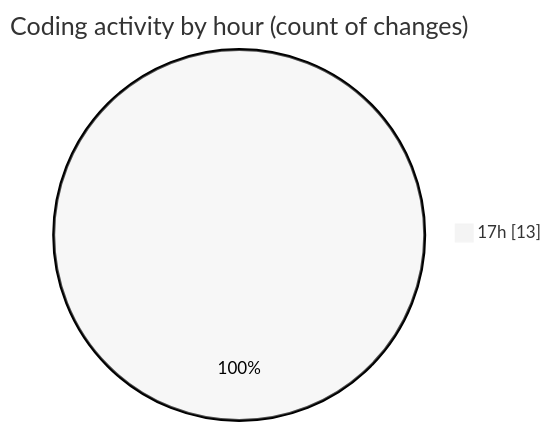
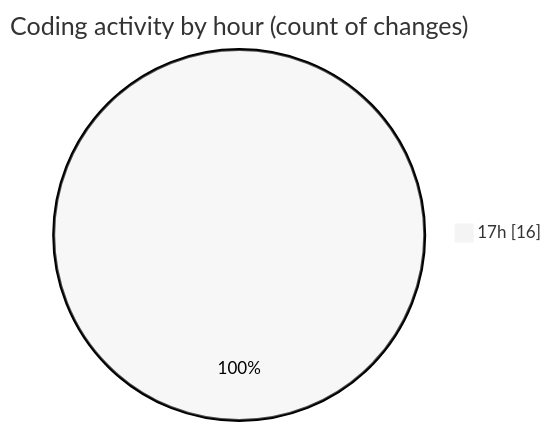
The second of 2 diagrams in 2025-04-26/true/README.md (Netris89/code-tracking), drawn with Mermaid (neutral theme) before and after one commit. The commit also changed other lines of this file and 1 other file, not shown here.

````diff
--- a/2025-04-26/true/README.md
+++ b/2025-04-26/true/README.md
@@ -30,5 +30,5 @@
 ```mermaid
 pie showData
 title Coding activity by hour (count of changes)
-"17h" : 13
+"17h" : 16
 ```
````
